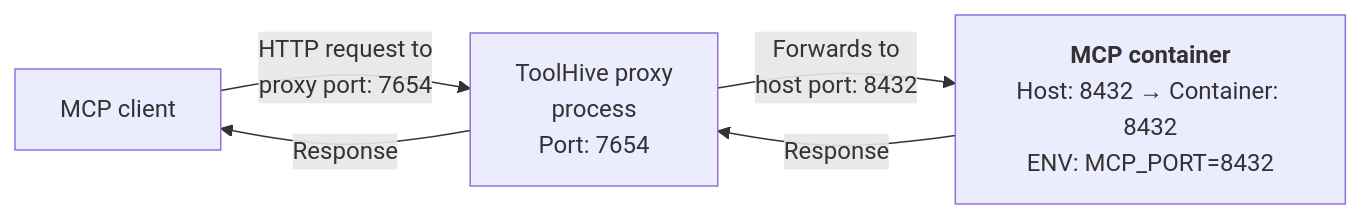
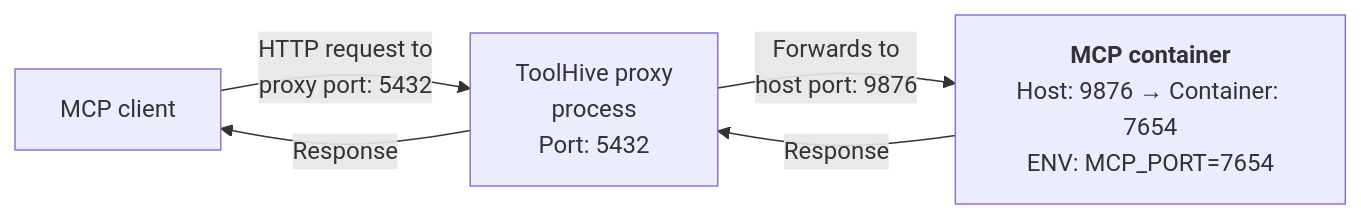
The first of 2 diagrams in docs/toolhive/guides-cli/run-mcp-servers.mdx (stacklok/docs-website), drawn with Mermaid before and after one commit. The commit also changed other lines of this file, not shown here.

Commit message:
Update port randomization

````diff
--- a/docs/toolhive/guides-cli/run-mcp-servers.mdx
+++ b/docs/toolhive/guides-cli/run-mcp-servers.mdx
@@ -324,7 +324,7 @@
 ```mermaid
 graph LR
-    A[MCP client] -->|HTTP request to<br/>proxy port: 7654| B[ToolHive proxy<br/>process<br/>Port: 7654]
-    B -->|Forwards to<br/>host port: 8432| C[<strong>MCP container</strong><br/>Host: 8432 → Container: 8432<br/>ENV: MCP_PORT=8432]
+    A[MCP client] -->|HTTP request to<br/>proxy port: 5432| B[ToolHive proxy<br/>process<br/>Port: 5432]
+    B -->|Forwards to<br/>host port: 9876| C[<strong>MCP container</strong><br/>Host: 9876 → Container: 7654<br/>ENV: MCP_PORT=7654]
     C -->|Response| B
     B -->|Response| A
 ```
````
